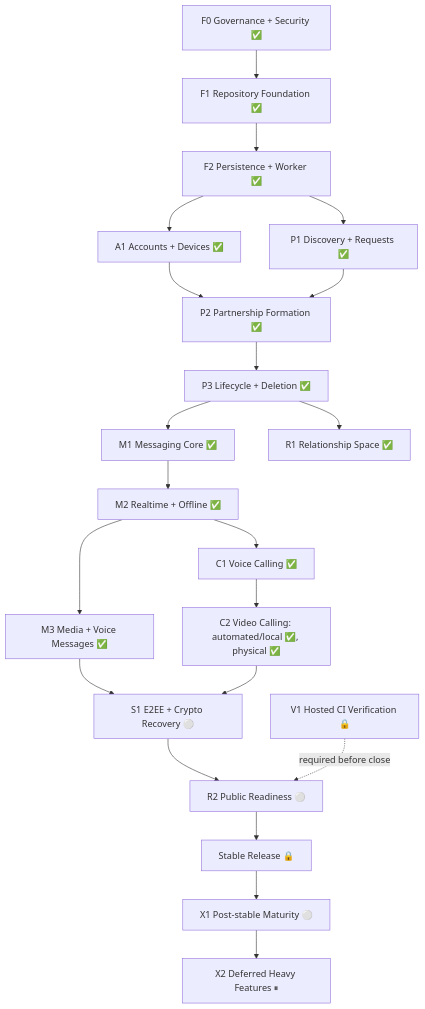
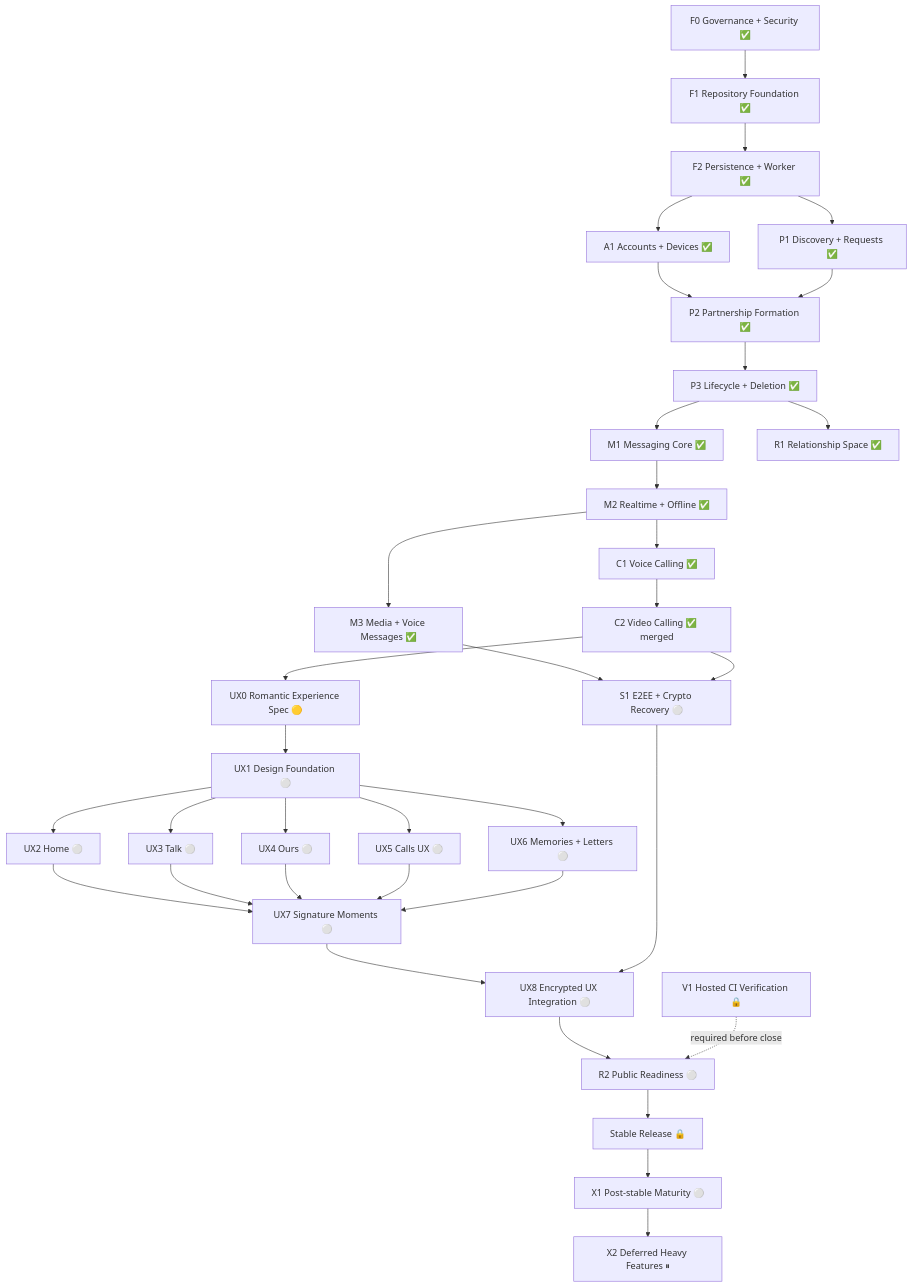
The diagram in docs/EXECUTION_GRAPH.md (ekamal22/shawtie-pls-app), drawn with Mermaid before and after one commit. The commit also changed other lines of this file and 7 other files, not shown here.

```diff
--- a/docs/EXECUTION_GRAPH.md
+++ b/docs/EXECUTION_GRAPH.md
@@ -88,32 +102,47 @@
 ~~~mermaid
 flowchart TD
     F0["F0 Governance + Security ✅"] --> F1["F1 Repository Foundation ✅"]
     F1 --> F2["F2 Persistence + Worker ✅"]
 
     F2 --> A1["A1 Accounts + Devices ✅"]
     F2 --> P1["P1 Discovery + Requests ✅"]
 
     A1 --> P2["P2 Partnership Formation ✅"]
     P1 --> P2
 
     P2 --> P3["P3 Lifecycle + Deletion ✅"]
 
     P3 --> M1["M1 Messaging Core ✅"]
     P3 --> R1["R1 Relationship Space ✅"]
 
     M1 --> M2["M2 Realtime + Offline ✅"]
 
     M2 --> M3["M3 Media + Voice Messages ✅"]
     M2 --> C1["C1 Voice Calling ✅"]
-    C1 --> C2["C2 Video Calling: automated/local ✅, physical ✅"]
+    C1 --> C2["C2 Video Calling ✅ merged"]
+
+    C2 --> UX0["UX0 Romantic Experience Spec 🟡"]
+    UX0 --> UX1["UX1 Design Foundation ⚪"]
+    UX1 --> UX2["UX2 Home ⚪"]
+    UX1 --> UX3["UX3 Talk ⚪"]
+    UX1 --> UX4["UX4 Ours ⚪"]
+    UX1 --> UX5["UX5 Calls UX ⚪"]
+    UX1 --> UX6["UX6 Memories + Letters ⚪"]
+    UX2 --> UX7["UX7 Signature Moments ⚪"]
+    UX3 --> UX7
+    UX4 --> UX7
+    UX5 --> UX7
+    UX6 --> UX7
 
     M3 --> S1["S1 E2EE + Crypto Recovery ⚪"]
     C2 --> S1
+    UX7 --> UX8["UX8 Encrypted UX Integration ⚪"]
+    S1 --> UX8
 
-    S1 --> R2["R2 Public Readiness ⚪"]
+    UX8 --> R2["R2 Public Readiness ⚪"]
     V1["V1 Hosted CI Verification 🔒"] -. required before close .-> R2
 
     R2 --> RELEASE["Stable Release 🔒"]
     RELEASE --> X1["X1 Post-stable Maturity ⚪"]
     X1 --> X2["X2 Deferred Heavy Features ⏸"]
 ~~~
```
